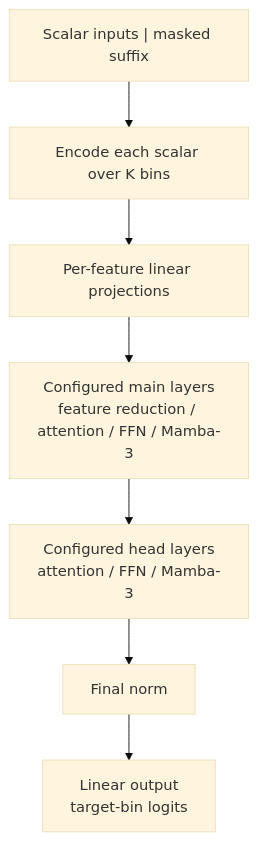
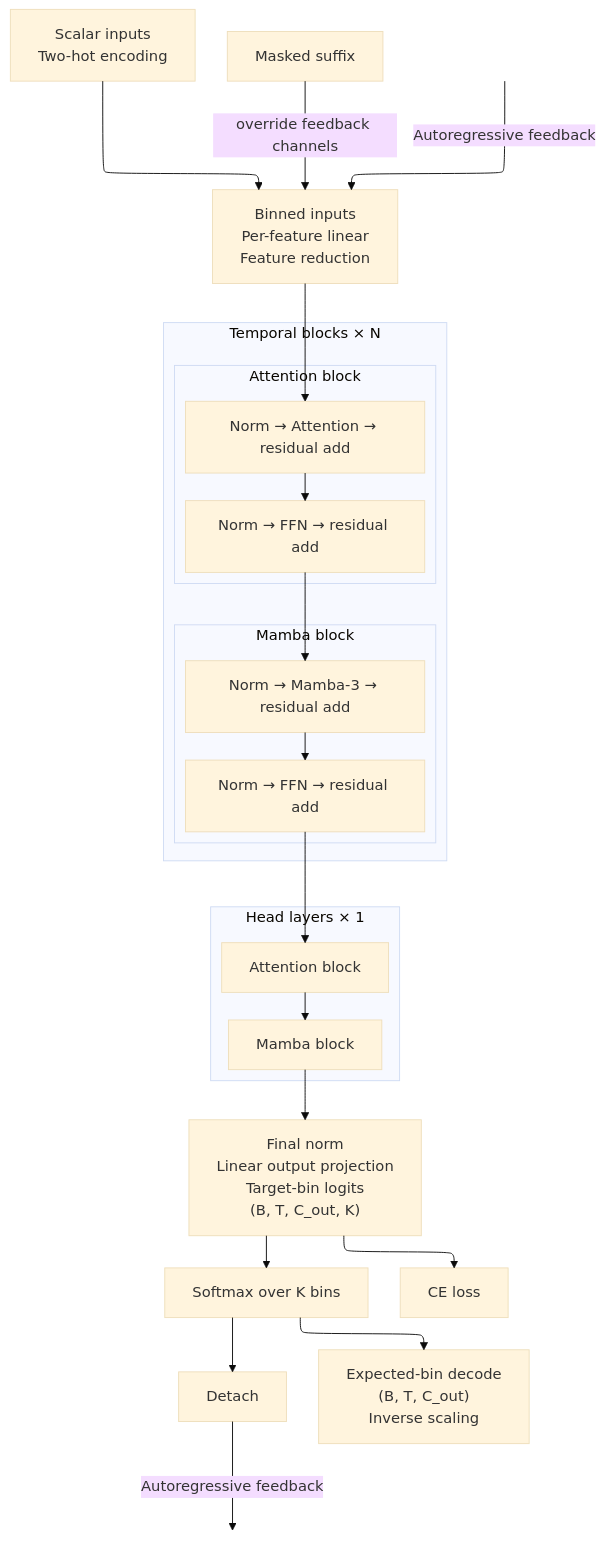
The second of 2 diagrams in docs/index.md (marplan/batgrad), drawn with Mermaid (base theme) before and after one commit. The commit also changed other lines of this file and 13 other files, not shown here.

````diff
--- a/docs/index.md
+++ b/docs/index.md
@@ -222,12 +247,63 @@
 ```mermaid
+%%{init: {
+  "flowchart": {
+    "defaultRenderer": "elk"
+  }
+}}%%
+
 flowchart TB
-    A["Scalar inputs | masked suffix"]
-    E["Encode each scalar over K bins"]
-    P["Per-feature linear projections"]
-    M["Configured main layers<br/>feature reduction / attention / FFN / Mamba-3"]
-    H["Configured head layers<br/>attention / FFN / Mamba-3"]
-    N["Final norm"]
-    L["Linear output<br/>target-bin logits"]
 
-    A --> E --> P --> M --> H --> N --> L
+    A["Scalar inputs<br/>Two-hot encoding"]
+    I["Binned inputs<br/>Per-feature linear<br/>Feature reduction"]
+    Z["Masked suffix"]
+    FBI[" "]
+
+    subgraph T["Temporal blocks × N"]
+        direction TB
+
+        subgraph AT["Attention block"]
+            direction TB
+            TA["Norm → Attention → residual add"]
+            TF["Norm → FFN → residual add"]
+            TA --> TF
+        end
+
+        subgraph MB["Mamba block"]
+            direction TB
+            TM["Norm → Mamba-3 → residual add"]
+            MF["Norm → FFN → residual add"]
+            TM --> MF
+        end
+
+        TF --> TM
+    end
+
+    subgraph H["Head layers × 1"]
+        direction TB
+        HA["Attention block"]
+        HM["Mamba block"]
+        HA --> HM
+    end
+
+    N["Final norm<br/>Linear output projection<br/>Target-bin logits<br/>(B, T, C_out, K)"]
+    S["Softmax over K bins"]
+    D["Detach"]
+    FB[" "]
+    DECODE["Expected-bin decode<br/>(B, T, C_out)<br/>Inverse scaling"]
+    LOSS["CE loss"]
+
+    A -- "#8203;" --> I
+    Z -- "override feedback channels" --> I
+    FBI -- "Autoregressive feedback" --> I
+    I --> TA
+    MF --> HA
+    HM --> N
+    N --> LOSS
+    N --> S
+    S --> D
+    D -- "Autoregressive feedback" --> FB
+    S --> DECODE
+
+    style FBI fill:none,stroke:none
+    style FB fill:none,stroke:none
 ```
````
